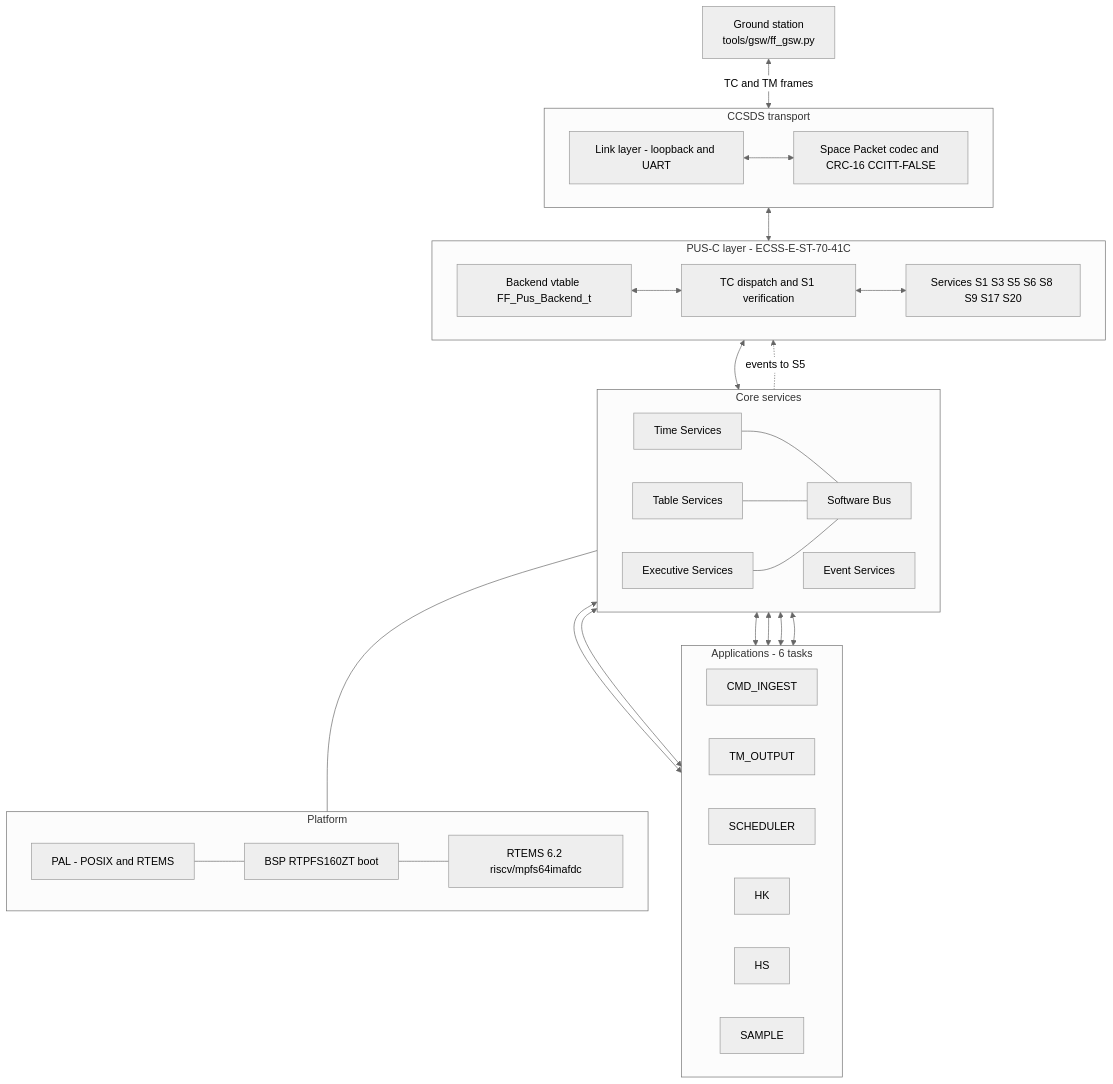
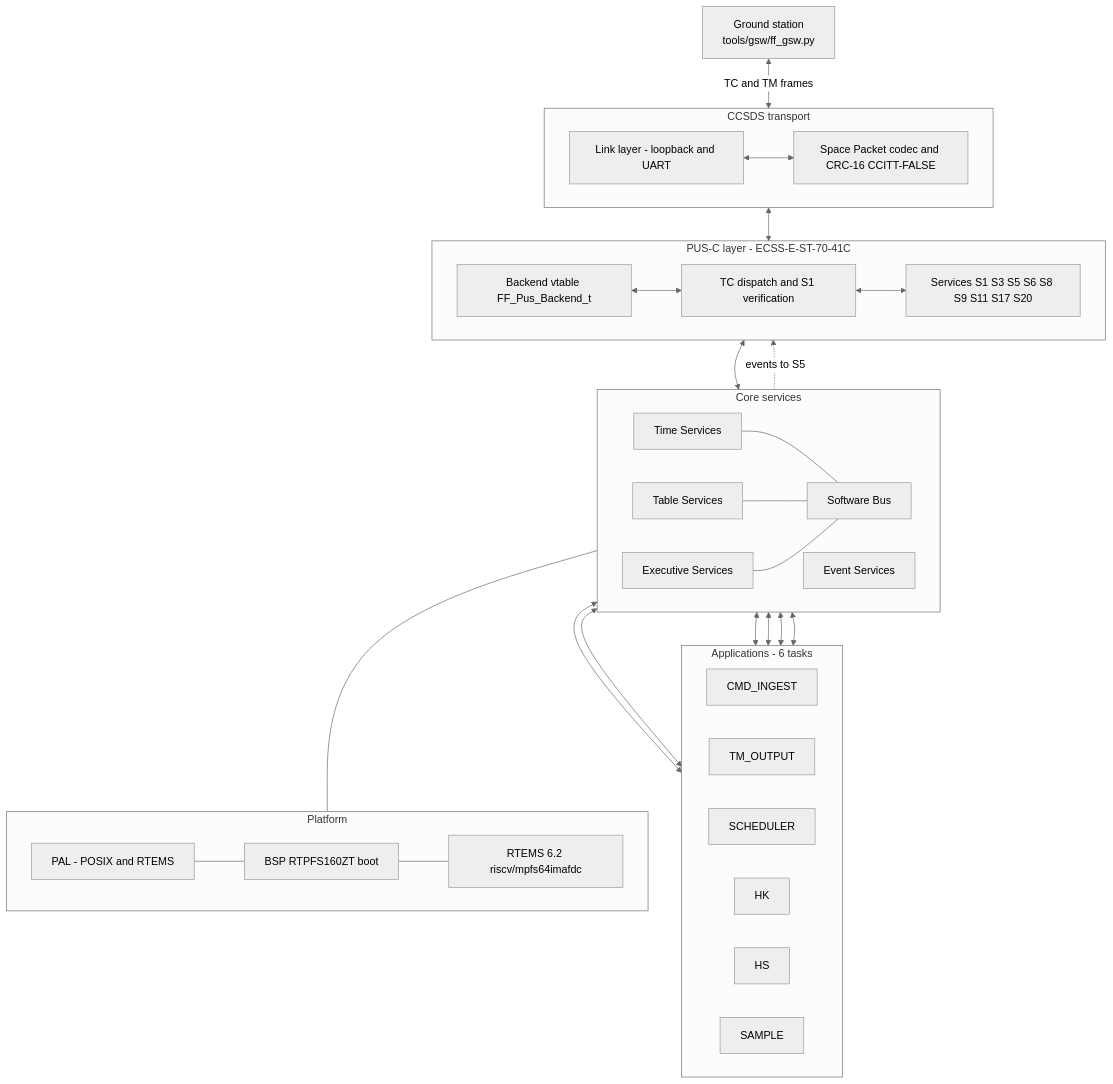
The diagram in docs/architecture/overview.md (ilfrick/frick-fsw), drawn with Mermaid (neutral theme) before and after one commit. The commit also changed other lines of this file and 58 other files, not shown here.

````diff
--- a/docs/architecture/overview.md
+++ b/docs/architecture/overview.md
@@ -41,63 +41,63 @@
 ```mermaid
 flowchart TB
     GSW["Ground station<br/>tools/gsw/ff_gsw.py"]
 
     subgraph APPS["Applications - 6 tasks"]
         direction LR
         A1["CMD_INGEST"]
         A2["TM_OUTPUT"]
         A3["SCHEDULER"]
         A4["HK"]
         A5["HS"]
         A6["SAMPLE"]
     end
 
     subgraph PUS["PUS-C layer - ECSS-E-ST-70-41C"]
         direction LR
         P1["TC dispatch and S1 verification"]
-        P2["Services S1 S3 S5 S6 S8 S9 S17 S20"]
+        P2["Services S1 S3 S5 S6 S8 S9 S11 S17 S20"]
         P3["Backend vtable FF_Pus_Backend_t"]
     end
 
     subgraph CORE["Core services"]
         direction LR
         C1["Software Bus"]
         C2["Event Services"]
         C3["Executive Services"]
         C4["Table Services"]
         C5["Time Services"]
     end
 
     subgraph TRANSPORT["CCSDS transport"]
         direction LR
         T1["Space Packet codec and CRC-16 CCITT-FALSE"]
         T2["Link layer - loopback and UART"]
     end
 
     subgraph PLATFORM["Platform"]
         direction LR
         PL1["PAL - POSIX and RTEMS"]
         PL2["BSP RTPFS160ZT boot"]
         PL3["RTEMS 6.2 riscv/mpfs64imafdc"]
     end
 
     GSW <-->|"TC and TM frames"| T2
     T2 <--> T1
     T1 <--> P3
     P3 <--> P1
     P1 <--> P2
     P2 <--> C1
     C2 -.->|"events to S5"| P2
     C1 <--> A1
     C1 <--> A2
     C1 <--> A3
     C1 <--> A4
     C1 <--> A5
     C1 <--> A6
     C5 --- C1
     C4 --- C1
     C3 --- C1
     C1 --- PL1
     PL1 --- PL2
     PL2 --- PL3
 ```
````
